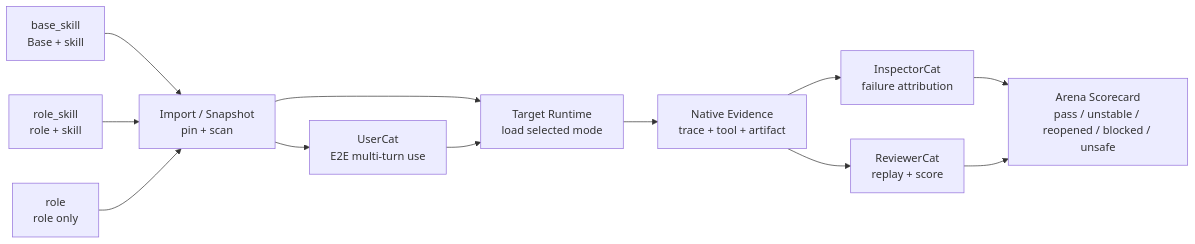
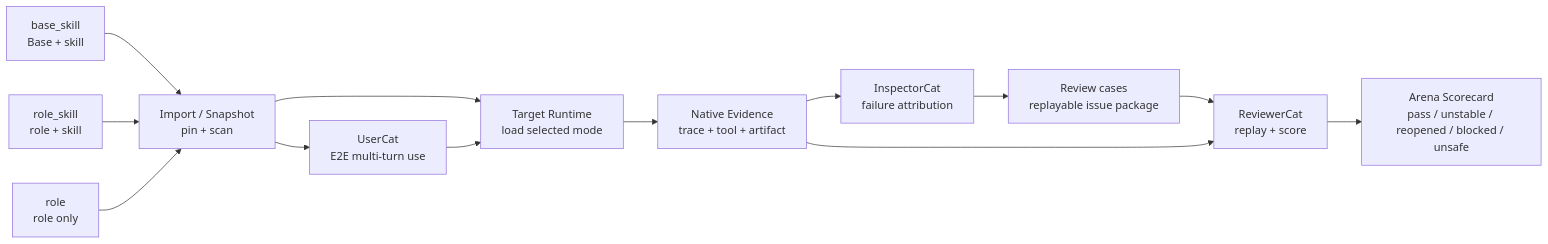
The second of 2 diagrams in docs/arena/SPEC.md (fightheyyy/XiaoBa-CLI), drawn with Mermaid before and after one commit. The commit also changed other lines of this file and 65 other files, not shown here.

````diff
--- a/docs/arena/SPEC.md
+++ b/docs/arena/SPEC.md
@@ -123,25 +164,27 @@
 ```mermaid
 flowchart LR
     BaseSkill["base_skill<br/>Base + skill"]
     RoleSkill["role_skill<br/>role + skill"]
     RoleOnly["role<br/>role only"]
     Import["Import / Snapshot<br/>pin + scan"]
     User["UserCat<br/>E2E multi-turn use"]
     Runtime["Target Runtime<br/>load selected mode"]
     Logs["Native Evidence<br/>trace + tool + artifact"]
     Inspector["InspectorCat<br/>failure attribution"]
+    Case["Review cases<br/>replayable issue package"]
     Reviewer["ReviewerCat<br/>replay + score"]
     Score["Arena Scorecard<br/>pass / unstable / reopened / blocked / unsafe"]
 
     BaseSkill --> Import
     RoleSkill --> Import
     RoleOnly --> Import
     Import --> User
     Import --> Runtime
     User --> Runtime
     Runtime --> Logs
     Logs --> Inspector
+    Inspector --> Case
+    Case --> Reviewer
     Logs --> Reviewer
-    Inspector --> Score
     Reviewer --> Score
 ```
````
